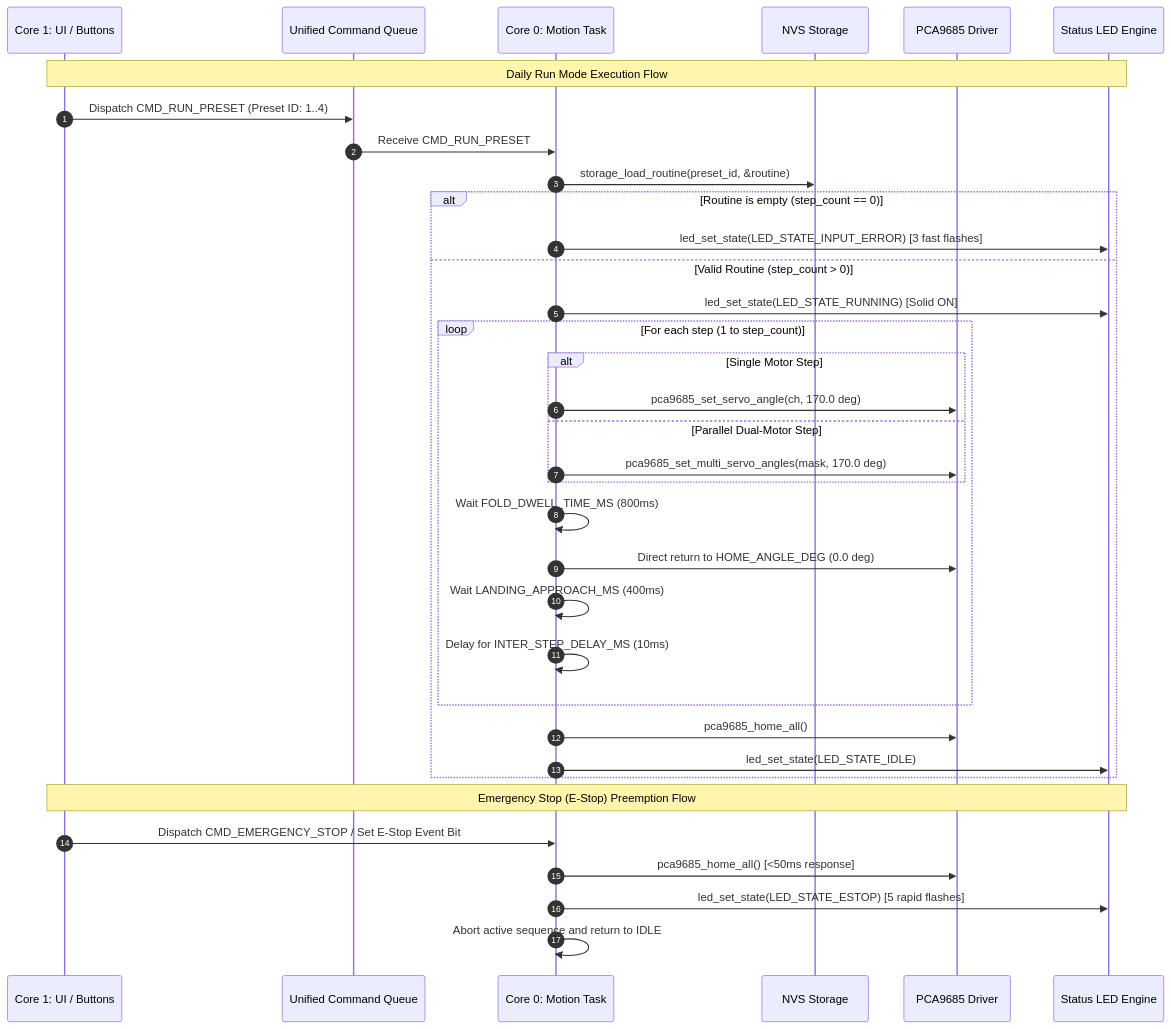
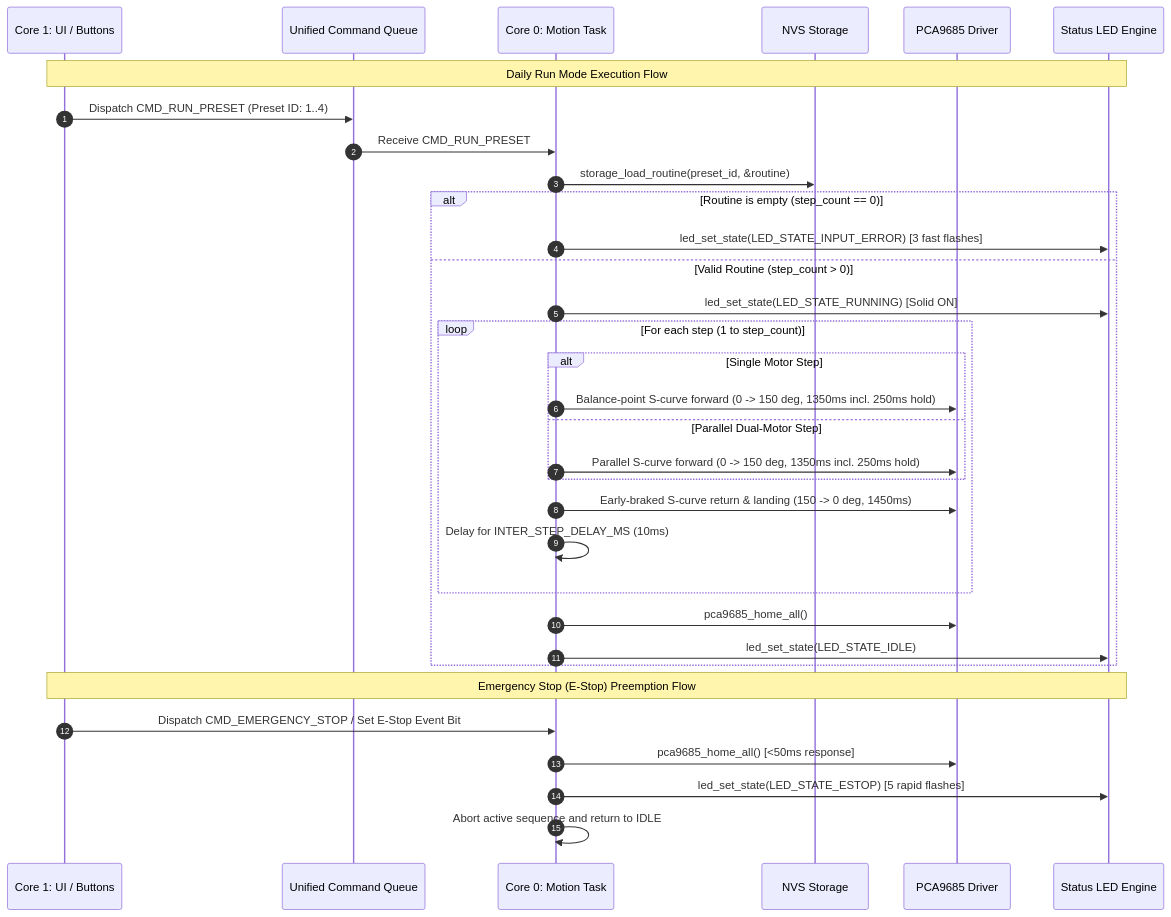
Before and after one commit to aiandrobotics/fabrica: the diagram in firmware/specs/2026-08-27-phase-5-motion-engine/requirements.md, drawn with Mermaid. The commit also changed other lines of this file and 58 other files, not shown here.

Commit message:
Upgrade hex drive-train CAD tolerances, implement 5-phase braked S-curve (150 deg), update power circuit, and sync all specs

````diff
--- a/firmware/specs/2026-08-27-phase-5-motion-engine/requirements.md
+++ b/firmware/specs/2026-08-27-phase-5-motion-engine/requirements.md
@@ -75,39 +75,37 @@
 ```mermaid
 sequenceDiagram
     autonumber
     participant UI as Core 1: UI / Buttons
     participant Q as Unified Command Queue
     participant M as Core 0: Motion Task
     participant NVS as NVS Storage
     participant I2C as PCA9685 Driver
     participant LED as Status LED Engine
 
     Note over UI,LED: Daily Run Mode Execution Flow
     UI->>Q: Dispatch CMD_RUN_PRESET (Preset ID: 1..4)
     Q->>M: Receive CMD_RUN_PRESET
     M->>NVS: storage_load_routine(preset_id, &routine)
     alt Routine is empty (step_count == 0)
         M->>LED: led_set_state(LED_STATE_INPUT_ERROR) [3 fast flashes]
     else Valid Routine (step_count > 0)
         M->>LED: led_set_state(LED_STATE_RUNNING) [Solid ON]
         loop For each step (1 to step_count)
             alt Single Motor Step
-                M->>I2C: pca9685_set_servo_angle(ch, 170.0 deg)
+                M->>I2C: Balance-point S-curve forward (0 -> 150 deg, 1350ms incl. 250ms hold)
             else Parallel Dual-Motor Step
-                M->>I2C: pca9685_set_multi_servo_angles(mask, 170.0 deg)
+                M->>I2C: Parallel S-curve forward (0 -> 150 deg, 1350ms incl. 250ms hold)
             end
-            M->>M: Wait FOLD_DWELL_TIME_MS (800ms)
-            M->>I2C: Direct return to HOME_ANGLE_DEG (0.0 deg)
-            M->>M: Wait LANDING_APPROACH_MS (400ms)
+            M->>I2C: Early-braked S-curve return & landing (150 -> 0 deg, 1450ms)
             M->>M: Delay for INTER_STEP_DELAY_MS (10ms)
         end
         M->>I2C: pca9685_home_all()
         M->>LED: led_set_state(LED_STATE_IDLE)
     end
 
     Note over UI,LED: Emergency Stop (E-Stop) Preemption Flow
     UI->>M: Dispatch CMD_EMERGENCY_STOP / Set E-Stop Event Bit
     M->>I2C: pca9685_home_all() [<50ms response]
     M->>LED: led_set_state(LED_STATE_ESTOP) [5 rapid flashes]
     M->>M: Abort active sequence and return to IDLE
 ```
````
